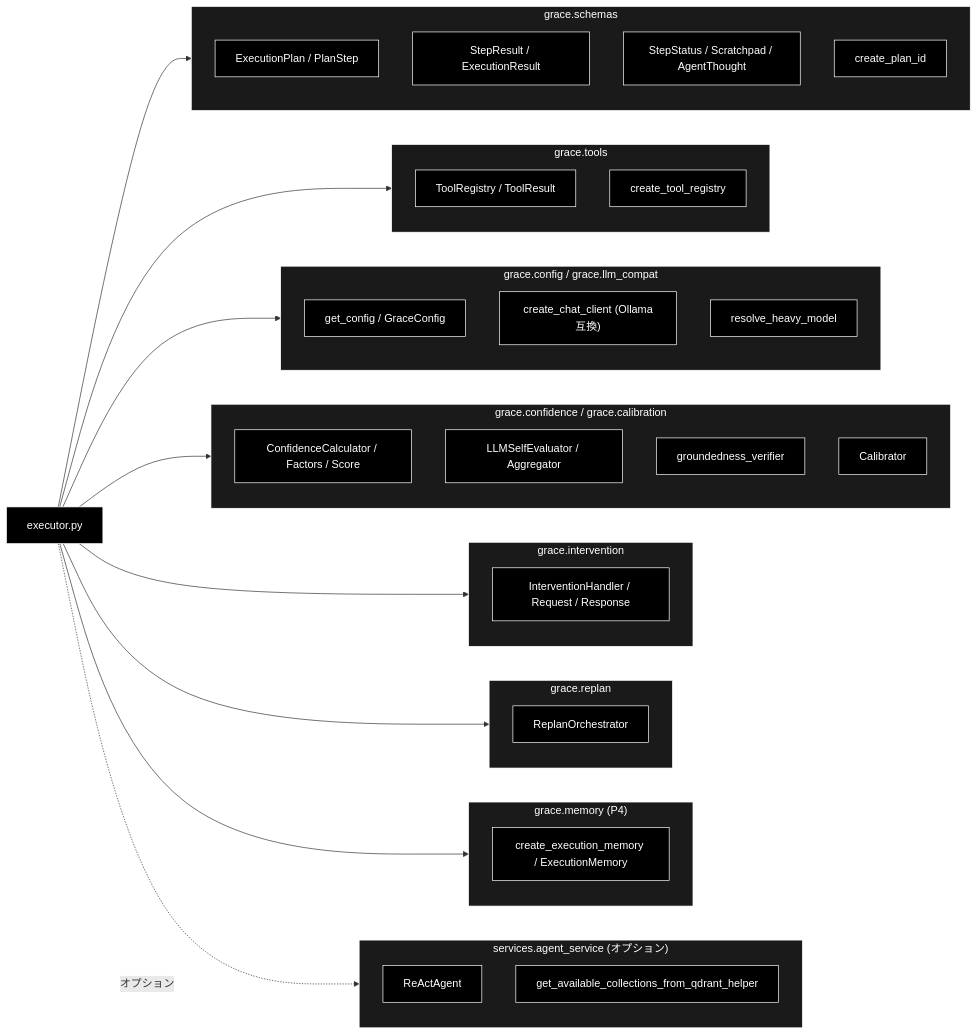
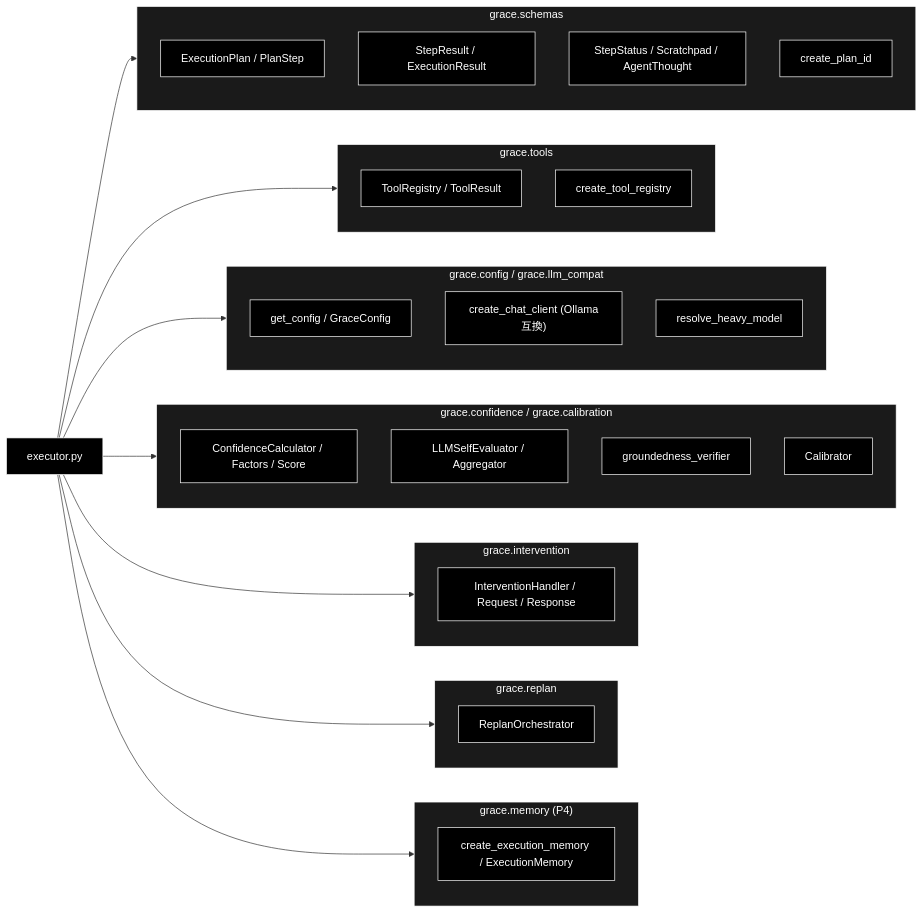
The third of 6 diagrams in grace/docs/executor.md (nakashima2toshio/grace_v2_local), drawn with Mermaid before and after one commit. The commit also changed other lines of this file and 36 other files, not shown here.

First line of the commit message:
refactor: Legacy ReAct 経路のコードを削除（run_dev.sh での起動を実地確認）

````diff
--- a/grace/docs/executor.md
+++ b/grace/docs/executor.md
@@ -2596,66 +2555,60 @@
 ```mermaid
 flowchart LR
     EXECUTOR["executor.py"]
 
     subgraph SCHEMAS["grace.schemas"]
         S1["ExecutionPlan / PlanStep"]
         S2["StepResult / ExecutionResult"]
         S3S["StepStatus / Scratchpad / AgentThought"]
         S4["create_plan_id"]
     end
 
     subgraph TOOLS["grace.tools"]
         T1["ToolRegistry / ToolResult"]
         T2["create_tool_registry"]
     end
 
     subgraph CONFIG["grace.config / grace.llm_compat"]
         C1["get_config / GraceConfig"]
         C2["create_chat_client (Ollama互換)"]
         C3["resolve_heavy_model"]
     end
 
     subgraph CONFIDENCE["grace.confidence / grace.calibration"]
         CF1["ConfidenceCalculator / Factors / Score"]
         CF2["LLMSelfEvaluator / Aggregator"]
         CF3["groundedness_verifier"]
         CF4["Calibrator"]
     end
 
     subgraph INTERVENTION["grace.intervention"]
         I1["InterventionHandler / Request / Response"]
     end
 
     subgraph REPLAN["grace.replan"]
         R1["ReplanOrchestrator"]
     end
 
     subgraph MEMORY["grace.memory (P4)"]
         M1["create_execution_memory / ExecutionMemory"]
     end
 
-    subgraph LEGACY["services.agent_service (オプション)"]
-        L1["ReActAgent"]
-        L2["get_available_collections_from_qdrant_helper"]
-    end
 
     EXECUTOR --> SCHEMAS
     EXECUTOR --> TOOLS
     EXECUTOR --> CONFIG
     EXECUTOR --> CONFIDENCE
     EXECUTOR --> INTERVENTION
     EXECUTOR --> REPLAN
     EXECUTOR --> MEMORY
-    EXECUTOR -.->|オプション| LEGACY
 classDef default fill:#000,stroke:#fff,color:#fff
 classDef subgraphStyle fill:#1a1a1a,stroke:#fff,color:#fff
-class EXECUTOR,S1,S2,S3S,S4,T1,T2,C1,C2,C3,CF1,CF2,CF3,CF4,I1,R1,M1,L1,L2 default
+class EXECUTOR,S1,S2,S3S,S4,T1,T2,C1,C2,C3,CF1,CF2,CF3,CF4,I1,R1,M1 default
 style SCHEMAS fill:#1a1a1a,stroke:#fff,color:#fff
 style TOOLS fill:#1a1a1a,stroke:#fff,color:#fff
 style CONFIG fill:#1a1a1a,stroke:#fff,color:#fff
 style CONFIDENCE fill:#1a1a1a,stroke:#fff,color:#fff
 style INTERVENTION fill:#1a1a1a,stroke:#fff,color:#fff
 style REPLAN fill:#1a1a1a,stroke:#fff,color:#fff
 style MEMORY fill:#1a1a1a,stroke:#fff,color:#fff
-style LEGACY fill:#1a1a1a,stroke:#fff,color:#fff
 ```
````
